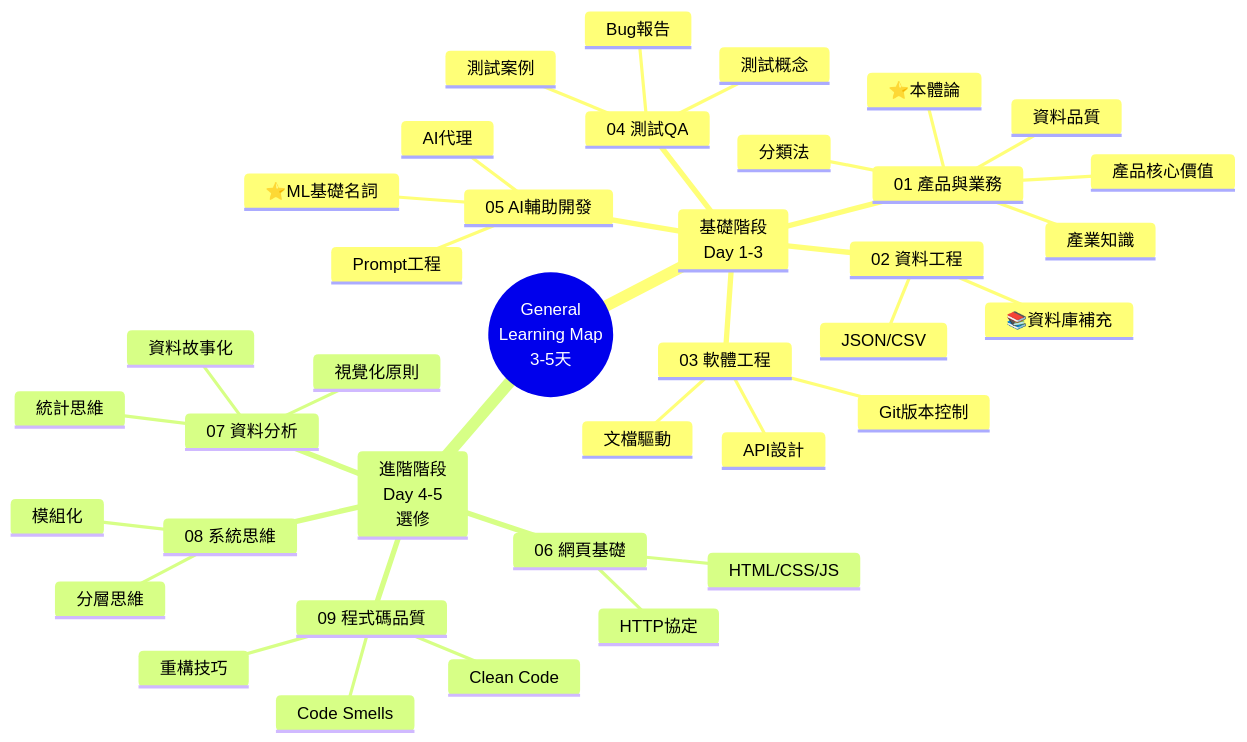
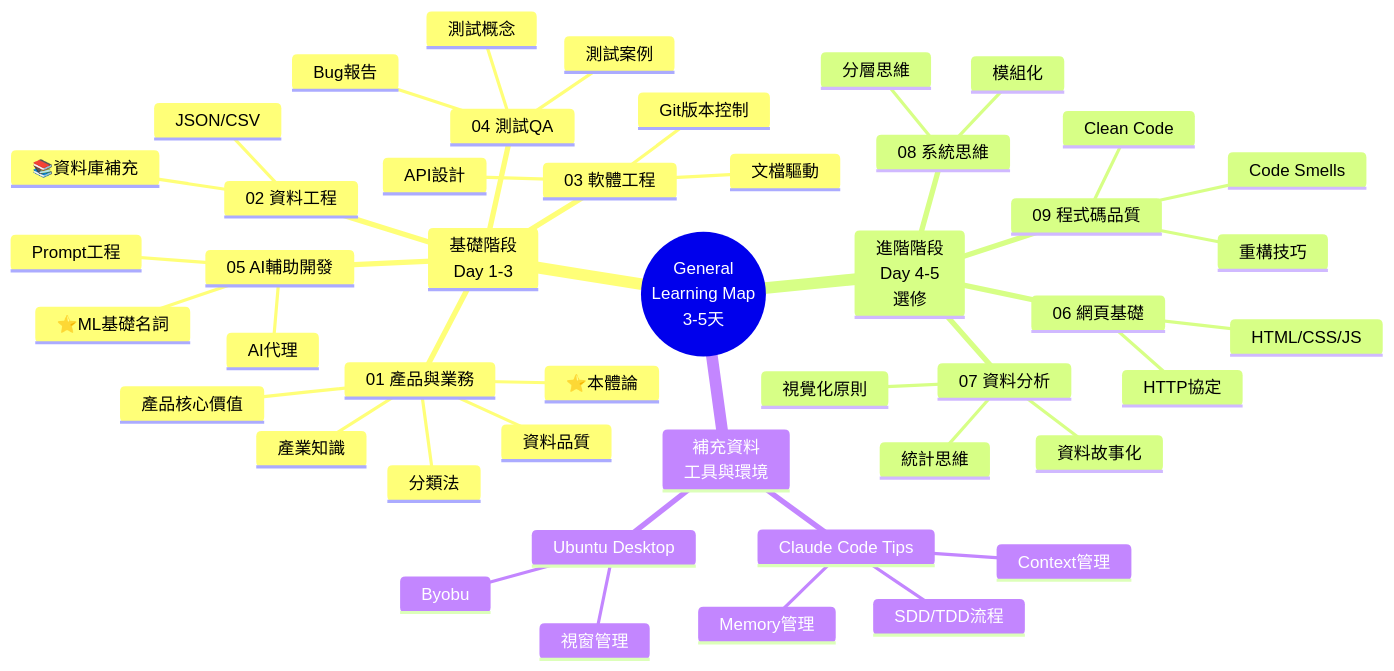
Before and after one commit to mapleelpam/LuminNexus-LearningMap: the diagram in general/00_outline.md, drawn with Mermaid. The commit also changed other lines of this file and 2 other files, not shown here.

First line of the commit message:
docs: Add Claude Code CLI tips and Ubuntu Desktop tips

````diff
--- a/general/00_outline.md
+++ b/general/00_outline.md
@@ -28,41 +28,49 @@
 ```mermaid
 mindmap
   root((General<br/>Learning Map<br/>3-5天))
     基礎階段<br/>Day 1-3
       01 產品與業務
         產品核心價值
         產業知識
         分類法
         資料品質
         ⭐本體論
       02 資料工程
         JSON/CSV
         📚資料庫補充
       03 軟體工程
         Git版本控制
         文檔驅動
         API設計
       04 測試QA
         測試概念
         測試案例
         Bug報告
       05 AI輔助開發
         AI代理
         Prompt工程
         ⭐ML基礎名詞
     進階階段<br/>Day 4-5<br/>選修
       06 網頁基礎
         HTML/CSS/JS
         HTTP協定
       07 資料分析
         統計思維
         視覺化原則
         資料故事化
       08 系統思維
         模組化
         分層思維
       09 程式碼品質
         Clean Code
         Code Smells
         重構技巧
+    補充資料<br/>工具與環境
+      Claude Code Tips
+        Memory管理
+        Context管理
+        SDD/TDD流程
+      Ubuntu Desktop
+        Byobu
+        視窗管理
 ```
````
